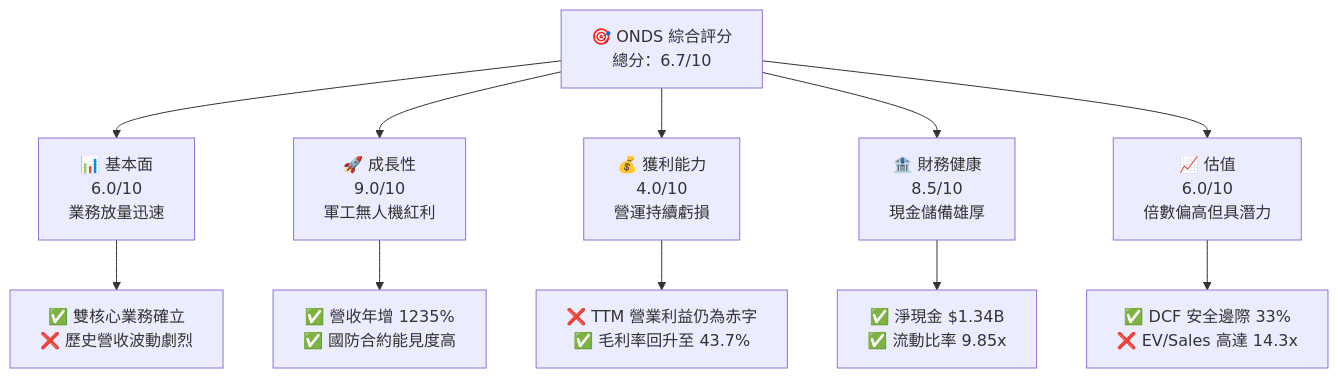
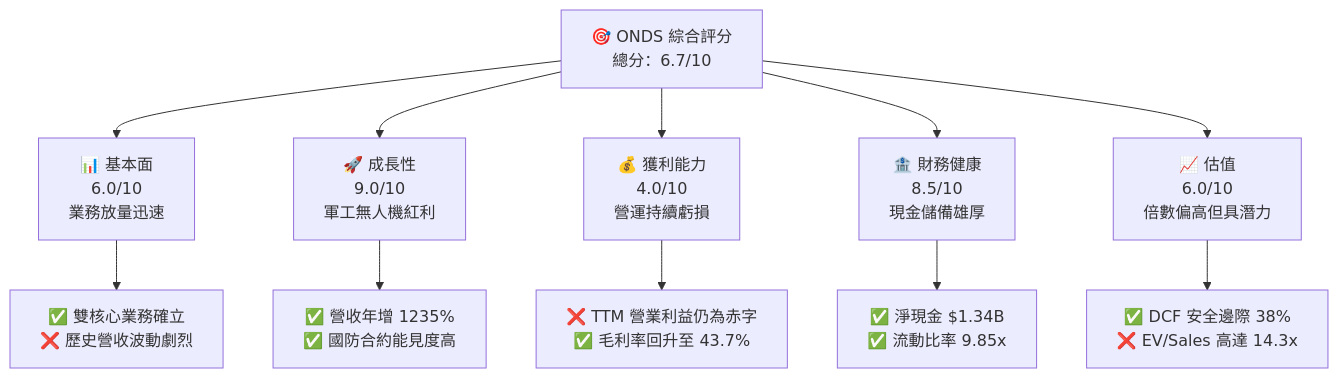
The first of 15 diagrams in ai_gen_report/fundamental/onds/fundamental_analysis_2026-10-13_gemini-2.md (yennanliu/finance_data), drawn with Mermaid before and after one commit. The commit also changed other lines of this file and 339 other files, not shown here.

````diff
--- a/ai_gen_report/fundamental/onds/fundamental_analysis_2026-10-13_gemini-2.md
+++ b/ai_gen_report/fundamental/onds/fundamental_analysis_2026-10-13_gemini-2.md
@@ -60,22 +67,22 @@
 ```mermaid
 graph TD
     TICKER["🎯 ONDS 綜合評分<br/>總分：6.7/10"]
 
     F["📊 基本面<br/>6.0/10<br/>業務放量迅速"]
     G["🚀 成長性<br/>9.0/10<br/>軍工無人機紅利"]
     P["💰 獲利能力<br/>4.0/10<br/>營運持續虧損"]
     B["🏦 財務健康<br/>8.5/10<br/>現金儲備雄厚"]
     V["📈 估值<br/>6.0/10<br/>倍數偏高但具潛力"]
 
     TICKER --> F
     TICKER --> G
     TICKER --> P
     TICKER --> B
     TICKER --> V
 
     F --> F1["✅ 雙核心業務確立<br/>❌ 歷史營收波動劇烈"]
     G --> G1["✅ 營收年增 1235%<br/>✅ 國防合約能見度高"]
     P --> P1["❌ TTM 營業利益仍為赤字<br/>✅ 毛利率回升至 43.7%"]
     B --> B1["✅ 淨現金 $1.34B<br/>✅ 流動比率 9.85x"]
-    V --> V1["✅ DCF 安全邊際 33%<br/>❌ EV/Sales 高達 14.3x"]
+    V --> V1["✅ DCF 安全邊際 38%<br/>❌ EV/Sales 高達 14.3x"]
 ```
````
